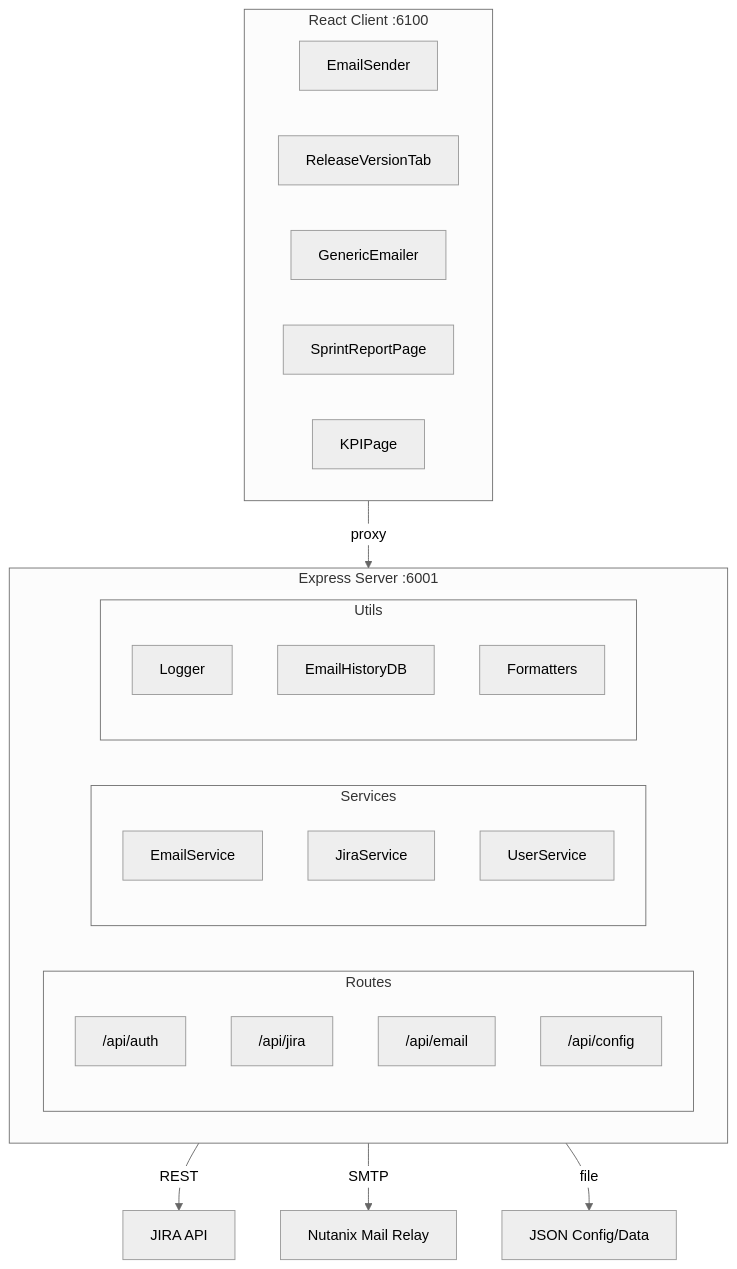
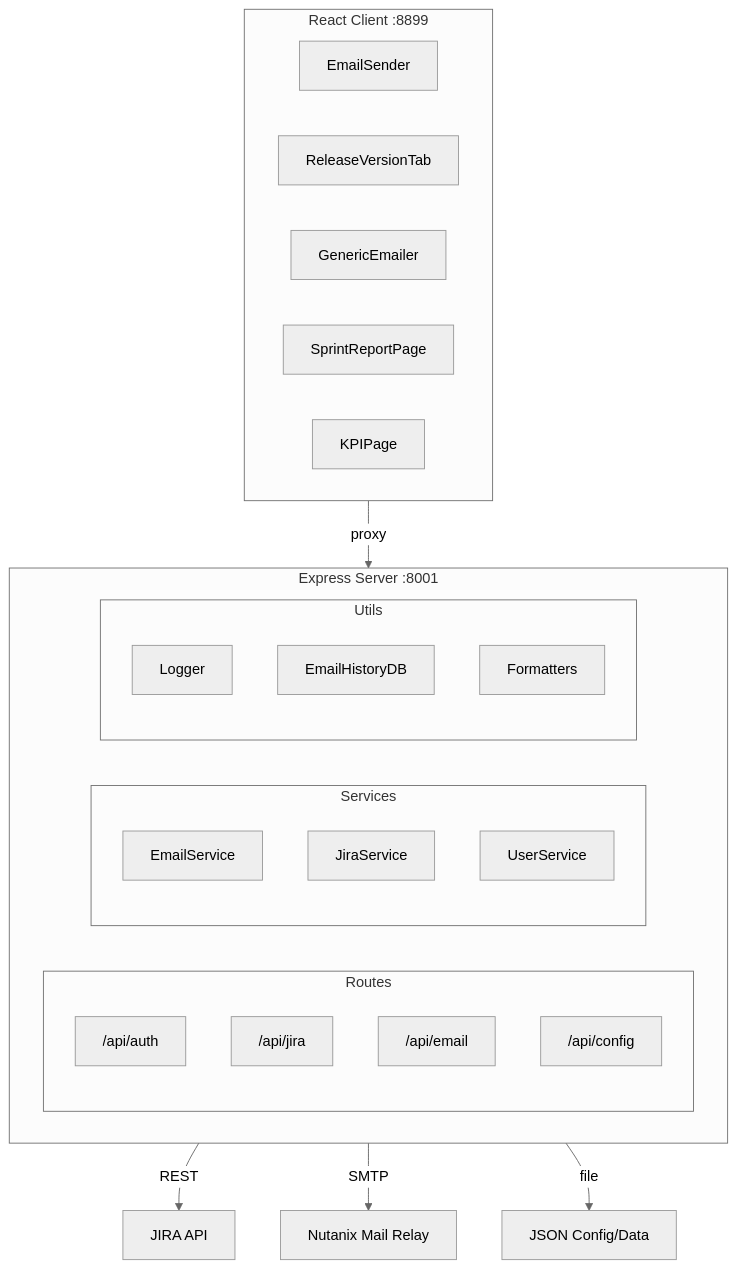
One commit to ntnxnam/ndb-delivery-ops changed the diagram in docs/guides/DEVELOPER_GUIDE.md. Above: the diagram before and after it, drawn with Mermaid (neutral theme). The commit also changed other lines of this file and 63 other files, not shown here.

````diff
--- a/docs/guides/DEVELOPER_GUIDE.md
+++ b/docs/guides/DEVELOPER_GUIDE.md
@@ -44,34 +44,34 @@
 ```mermaid
 flowchart TB
-    subgraph client [React Client :6100]
+    subgraph client [React Client :8899]
         EmailSender
         ReleaseVersionTab
         GenericEmailer
         SprintReportPage
         KPIPage
     end
     
-    subgraph server [Express Server :6001]
+    subgraph server [Express Server :8001]
         subgraph routes [Routes]
             AuthRoutes["/api/auth"]
             JiraRoutes["/api/jira"]
             EmailRoutes["/api/email"]
             ConfigRoutes["/api/config"]
         end
         subgraph services [Services]
             EmailService
             JiraService
             UserService
         end
         subgraph utils [Utils]
             Logger
             EmailHistoryDB
             Formatters
         end
     end
     
     client -->|proxy| server
     server -->|REST| JIRA[JIRA API]
     server -->|SMTP| MailRelay[Nutanix Mail Relay]
     server -->|file| JSONStorage[JSON Config/Data]
 ```
````
